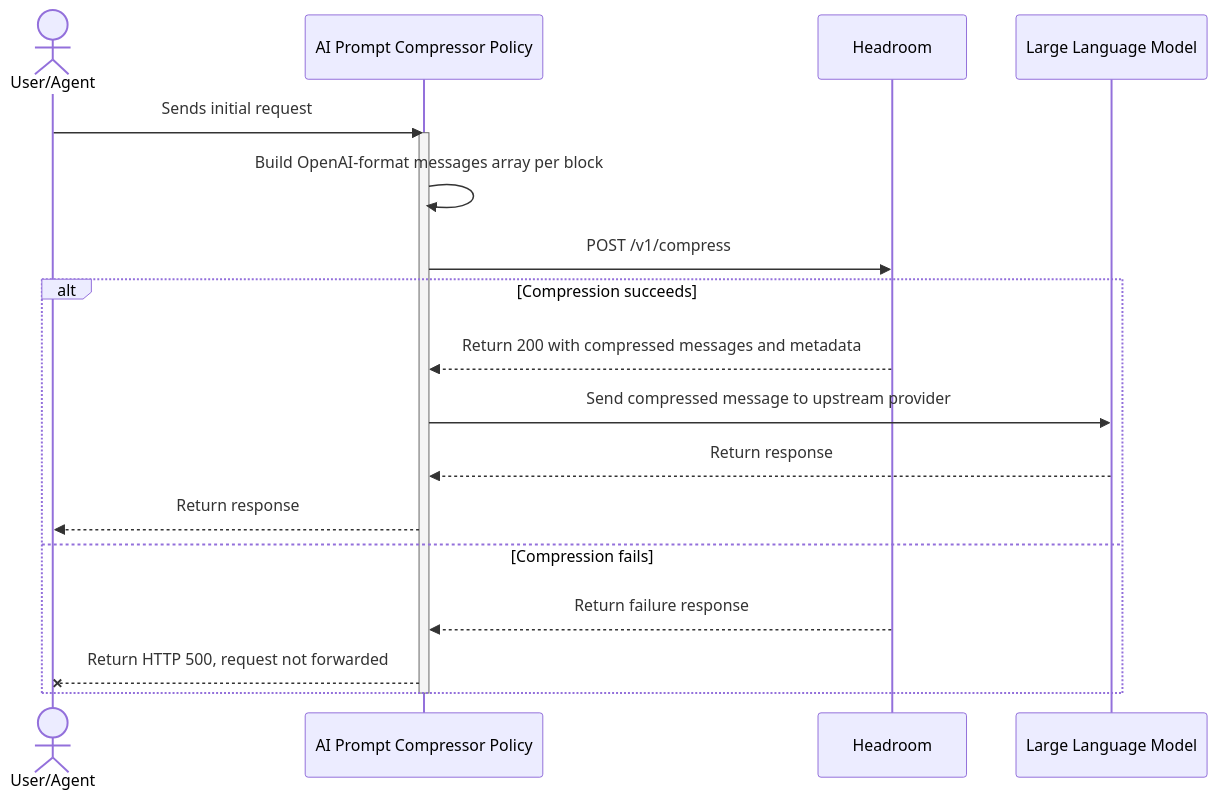
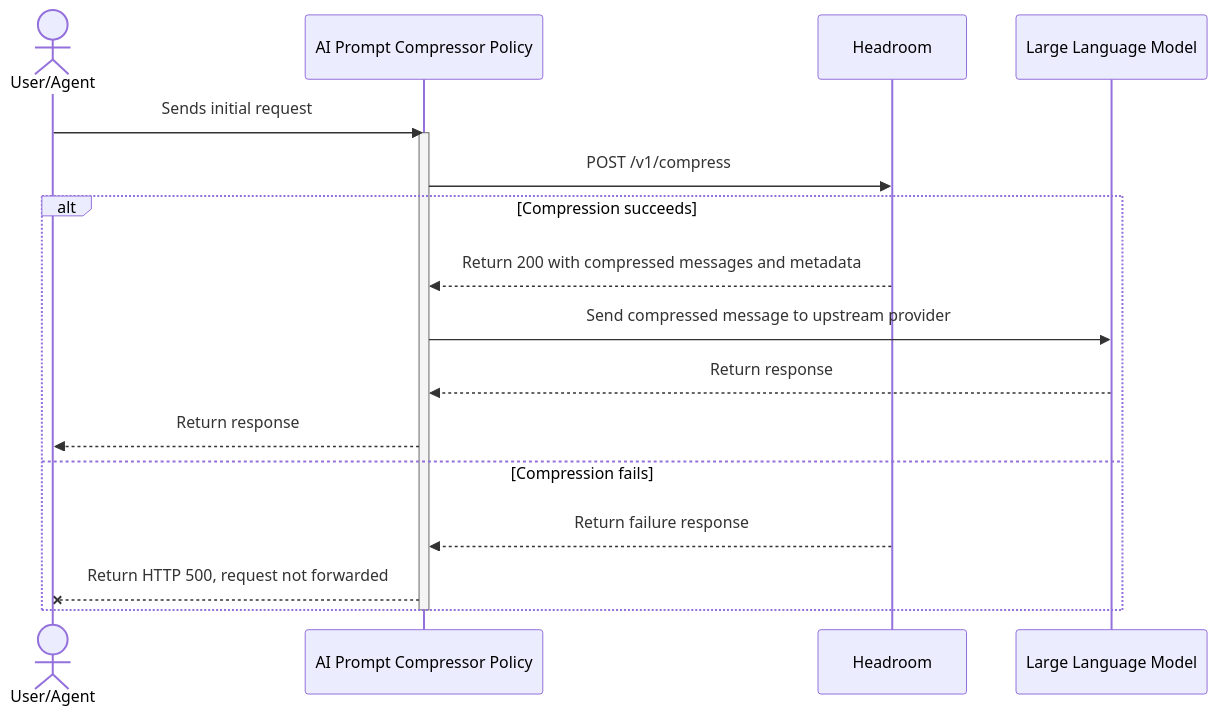
Before and after one commit to Kong/developer.konghq.com: the second of 2 diagrams in app/_ai_gateway_policies/ai-prompt-compressor/index.md, drawn with Mermaid. The commit also changed other lines of this file, not shown here.

```diff
--- a/app/_ai_gateway_policies/ai-prompt-compressor/index.md
+++ b/app/_ai_gateway_policies/ai-prompt-compressor/index.md
@@ -253,23 +253,22 @@
 {% mermaid %}
 sequenceDiagram
     actor User as User/Agent
     participant KongAICompressor as AI Prompt Compressor Policy
     participant Headroom
     participant LLM as Large Language Model
 
     User->>KongAICompressor: Sends initial request
     activate KongAICompressor
-    KongAICompressor->>KongAICompressor: Build OpenAI-format messages array per block
     KongAICompressor->>Headroom: POST /v1/compress
 
     alt Compression succeeds
         Headroom-->>KongAICompressor: Return 200 with compressed messages and metadata
         KongAICompressor->>LLM: Send compressed message to upstream provider
         LLM-->>KongAICompressor: Return response
         KongAICompressor-->>User: Return response
     else Compression fails
         Headroom-->>KongAICompressor: Return failure response
         KongAICompressor--xUser: Return HTTP 500, request not forwarded
     end
     deactivate KongAICompressor
 {% endmermaid %}
```
